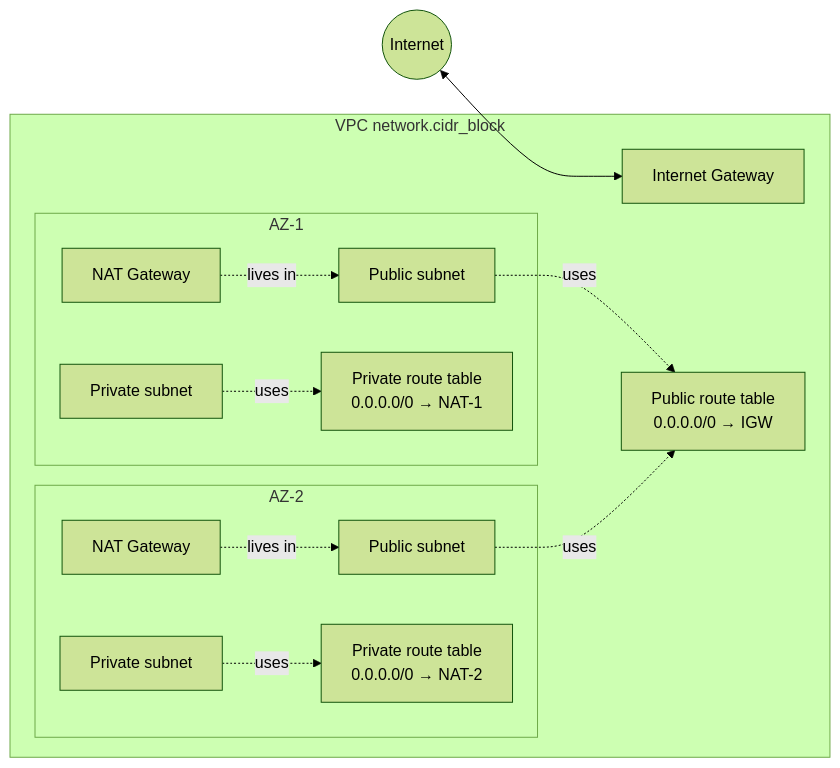
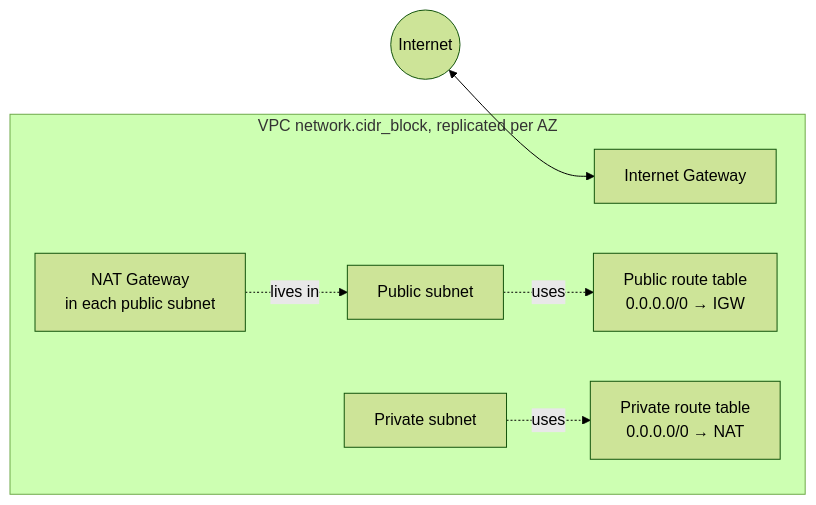
The first of 2 diagrams in terraform/network/README.md (windsorcli/core), drawn with Mermaid (forest theme) before and after one commit. The commit also changed other lines of this file and 6 other files, not shown here.

Commit message:
chore(docs): refine flowcharts in README files for backend, cluster, compute, CNI, network, gitops, and workstation categories

````diff
--- a/terraform/network/README.md
+++ b/terraform/network/README.md
@@ -26,31 +26,18 @@
 ```mermaid
 flowchart LR
   internet((Internet))
 
-  subgraph vpc[VPC network.cidr_block]
+  subgraph vpc[VPC network.cidr_block, replicated per AZ]
     igw[Internet Gateway]
+    pub[Public subnet]
+    nat[NAT Gateway<br/>in each public subnet]
+    priv[Private subnet]
     rtPub[Public route table<br/>0.0.0.0/0 → IGW]
-
-    subgraph az1[AZ-1]
-      pub1[Public subnet]
-      nat1[NAT Gateway]
-      priv1[Private subnet]
-      rtPriv1[Private route table<br/>0.0.0.0/0 → NAT-1]
-    end
-
-    subgraph az2[AZ-2]
-      pub2[Public subnet]
-      nat2[NAT Gateway]
-      priv2[Private subnet]
-      rtPriv2[Private route table<br/>0.0.0.0/0 → NAT-2]
-    end
+    rtPriv[Private route table<br/>0.0.0.0/0 → NAT]
   end
 
   internet <--> igw
-  pub1 -.uses.-> rtPub
-  pub2 -.uses.-> rtPub
-  nat1 -.lives in.-> pub1
-  nat2 -.lives in.-> pub2
-  priv1 -.uses.-> rtPriv1
-  priv2 -.uses.-> rtPriv2
+  pub -.uses.-> rtPub
+  priv -.uses.-> rtPriv
+  nat -.lives in.-> pub
 ```
````
